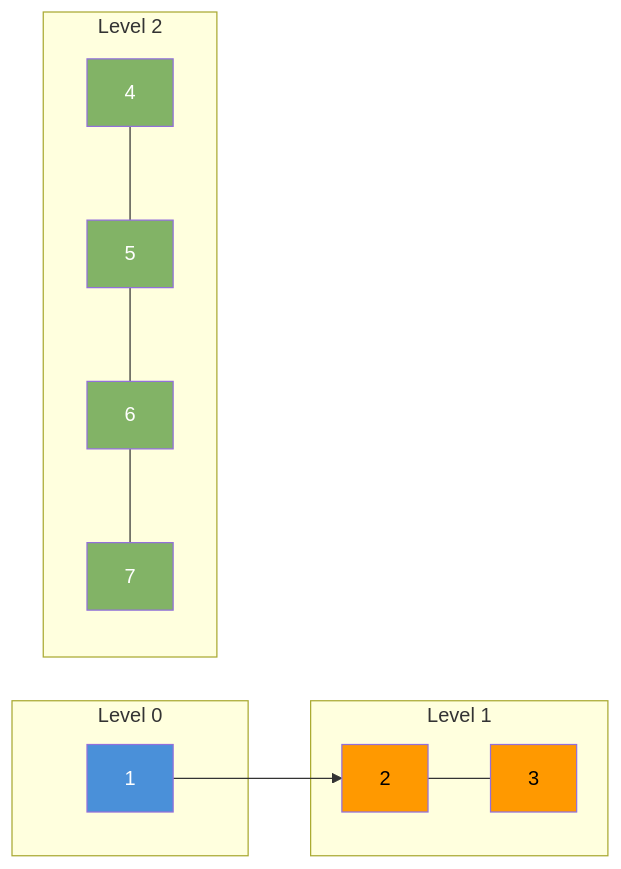
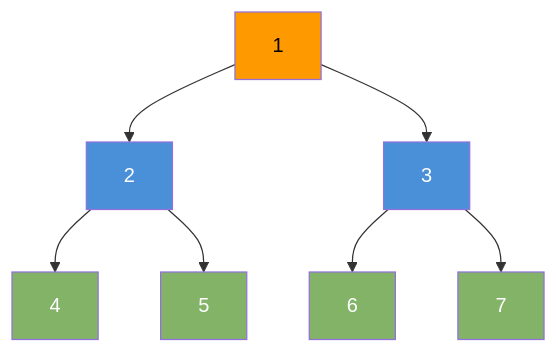
Before and after one commit to valarpirai/software-enginneering: the diagram in docs/25-bfs.md, drawn with Mermaid. The commit also changed other lines of this file and 3 other files, not shown here.

````diff
--- a/docs/25-bfs.md
+++ b/docs/25-bfs.md
@@ -35,20 +40,16 @@
 ```mermaid
-graph LR
-    subgraph "Level 0"
-    L0["1"]
-    end
-    subgraph "Level 1"
-    L1A["2"] --- L1B["3"]
-    end
-    subgraph "Level 2"
-    L2A["4"] --- L2B["5"] --- L2C["6"] --- L2D["7"]
-    end
-    L0 --> L1A
-    style L0 fill:#4a90d9,color:#fff
-    style L1A fill:#ff9900,color:#000
-    style L1B fill:#ff9900,color:#000
-    style L2A fill:#82b366,color:#fff
-    style L2B fill:#82b366,color:#fff
-    style L2C fill:#82b366,color:#fff
-    style L2D fill:#82b366,color:#fff
+graph TD
+    A["1"] --> B["2"]
+    A --> C["3"]
+    B --> D["4"]
+    B --> E["5"]
+    C --> F["6"]
+    C --> G["7"]
+    style A fill:#ff9900,color:#000
+    style B fill:#4a90d9,color:#fff
+    style C fill:#4a90d9,color:#fff
+    style D fill:#82b366,color:#fff
+    style E fill:#82b366,color:#fff
+    style F fill:#82b366,color:#fff
+    style G fill:#82b366,color:#fff
 ```
````
